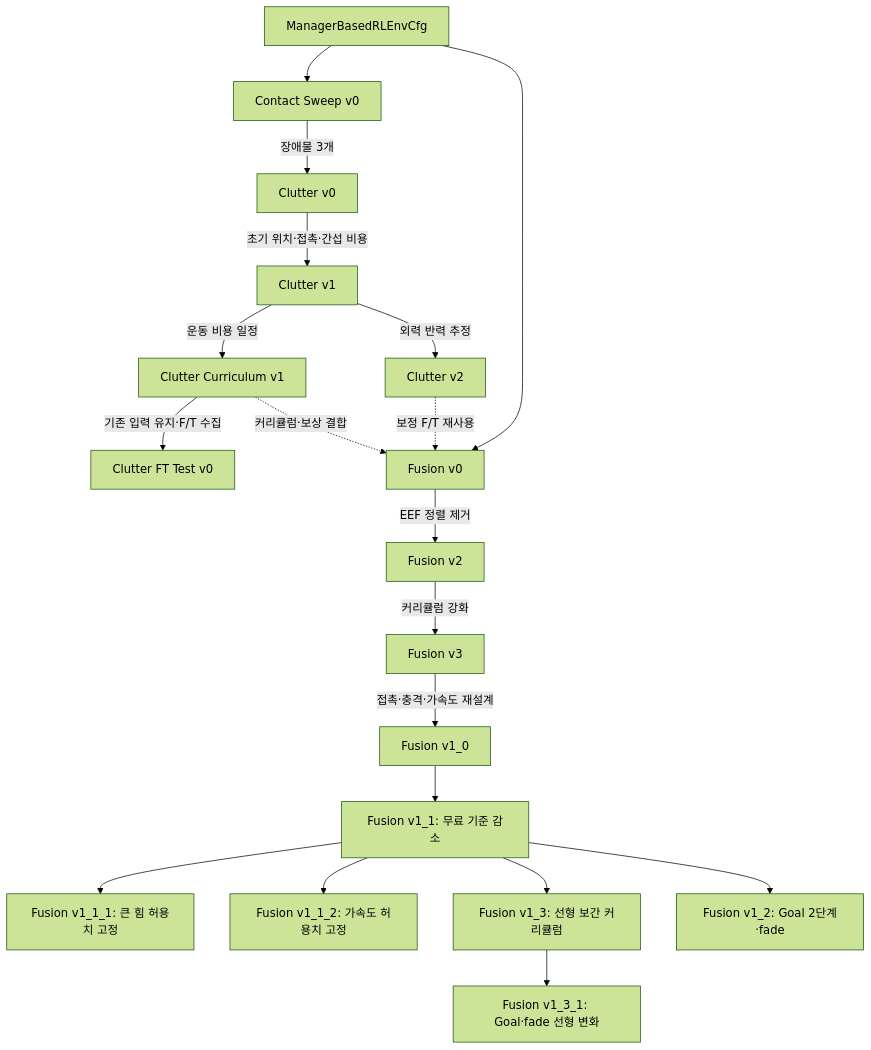
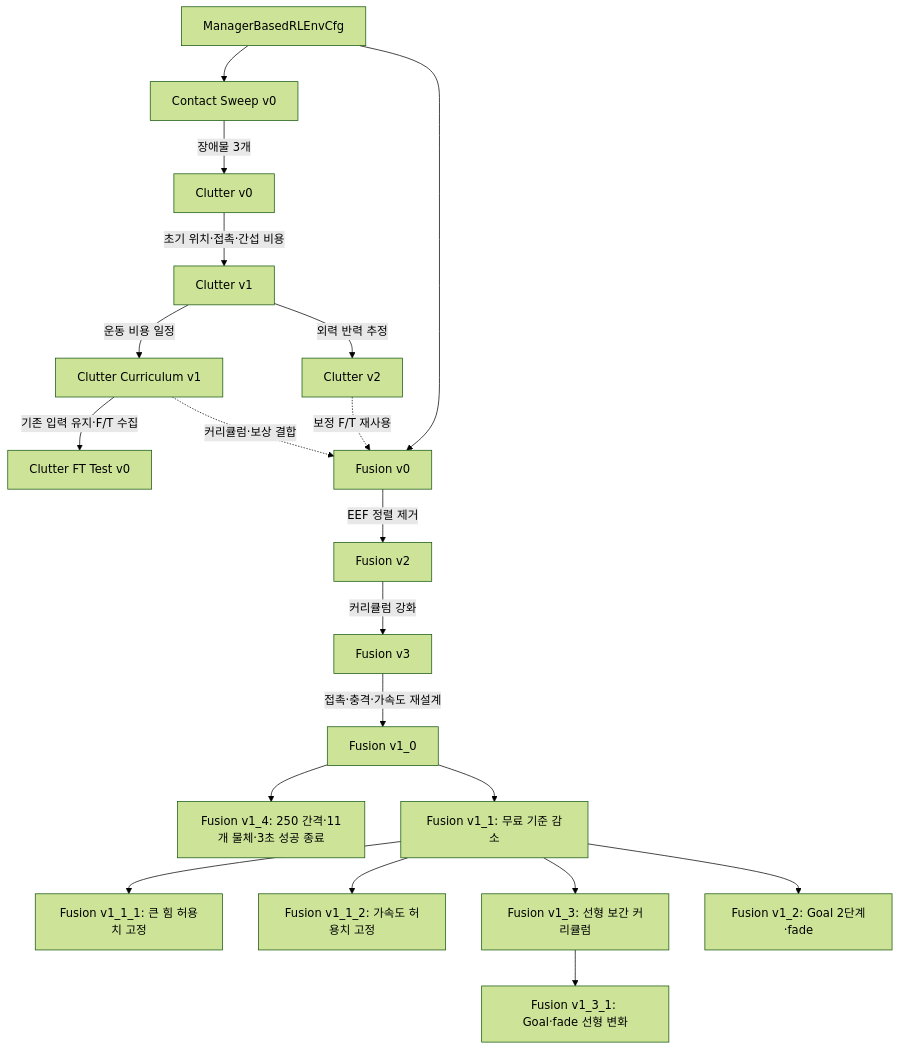
Before and after one commit to 7cmdehdrb/Contact-Rich-Manipulation-Context: the fourth of 4 diagrams in 02_implementation/environments/ENVIRONMENT_EVOLUTION.md, drawn with Mermaid (forest theme). The commit also changed other lines of this file and 18 other files, not shown here.

````diff
--- a/02_implementation/environments/ENVIRONMENT_EVOLUTION.md
+++ b/02_implementation/environments/ENVIRONMENT_EVOLUTION.md
@@ -115,32 +115,33 @@
 ```mermaid
 flowchart TD
     M["ManagerBasedRLEnvCfg"]
     C["Contact Sweep v0"]
     C0["Clutter v0"]
     C1["Clutter v1"]
     CC["Clutter Curriculum v1"]
     C2["Clutter v2"]
     FT["Clutter FT Test v0"]
     F0["Fusion v0"]
     F2["Fusion v2"]
     F3["Fusion v3"]
     F10["Fusion v1_0"]
+    F10 --> F14["Fusion v1_4: 250 간격·11개 물체·3초 성공 종료"]
     F10 --> F11["Fusion v1_1: 무료 기준 감소"]
     F11 --> F111["Fusion v1_1_1: 큰 힘 허용치 고정"]
     F11 --> F112["Fusion v1_1_2: 가속도 허용치 고정"]
     F11 --> F13["Fusion v1_3: 선형 보간 커리큘럼"]
     F13 --> F131["Fusion v1_3_1: Goal·fade 선형 변화"]
     F11 --> F12["Fusion v1_2: Goal 2단계·fade"]
     M --> C
     C -->|"장애물 3개"| C0
     C0 -->|"초기 위치·접촉·간섭 비용"| C1
     C1 -->|"운동 비용 일정"| CC
     C1 -->|"외력 반력 추정"| C2
     CC -->|"기존 입력 유지·F/T 수집"| FT
     M --> F0
     CC -. "커리큘럼·보상 결합" .-> F0
     C2 -. "보정 F/T 재사용" .-> F0
     F0 -->|"EEF 정렬 제거"| F2
     F2 -->|"커리큘럼 강화"| F3
     F3 -->|"접촉·충격·가속도 재설계"| F10
 ```
````
